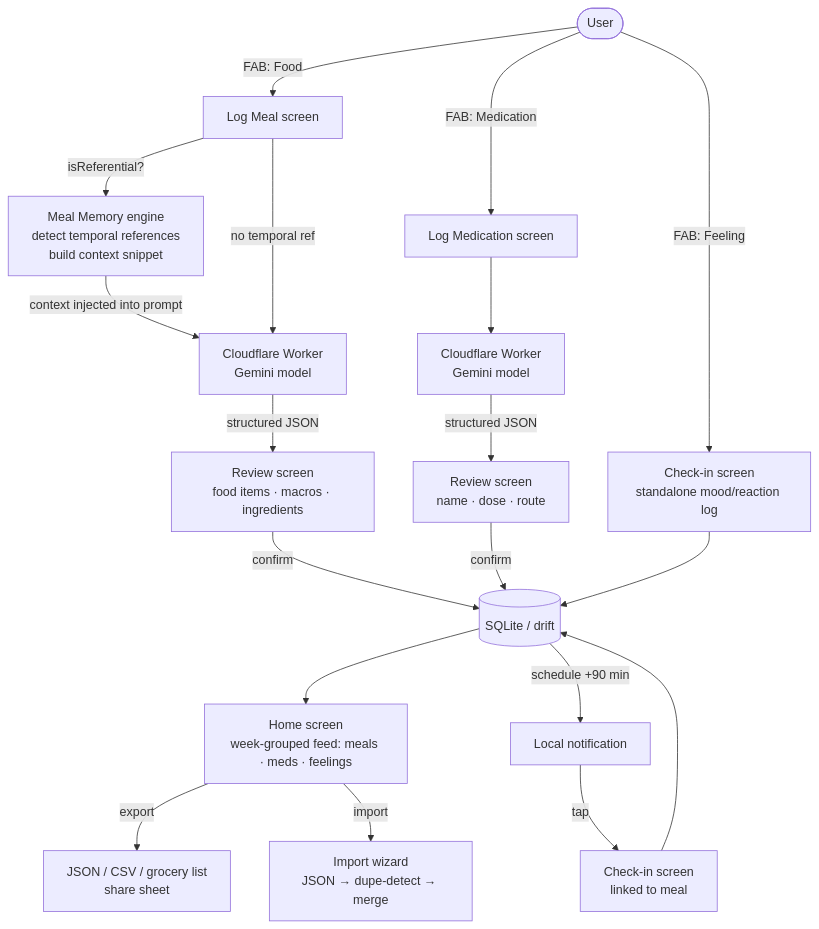
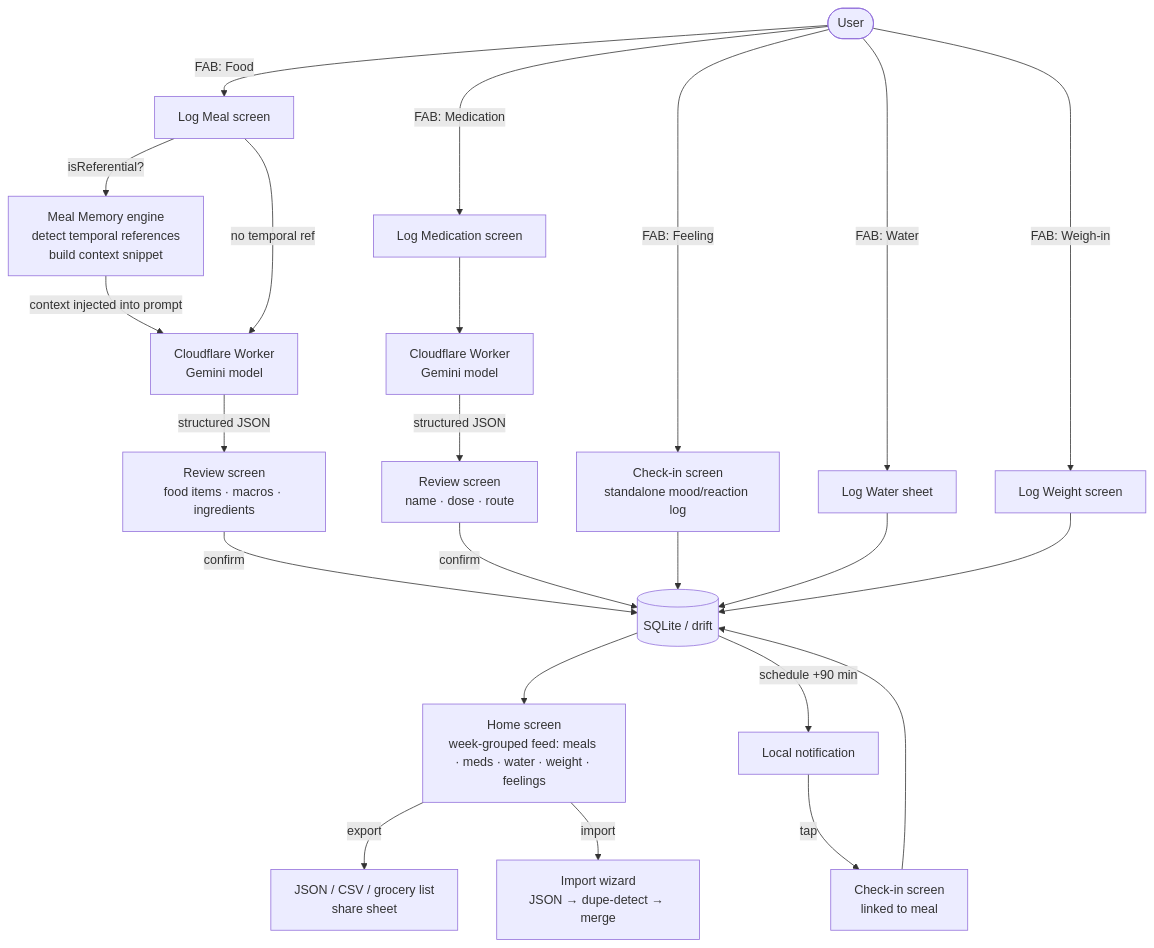
The diagram in README.md (SCoureFoure/food-journal), drawn with Mermaid before and after one commit. The commit also changed other lines of this file, not shown here.

````diff
--- a/README.md
+++ b/README.md
@@ -7,21 +51,25 @@
 ```mermaid
 flowchart TD
     A([User]) -->|FAB: Food| B[Log Meal screen]
     A -->|FAB: Medication| BM[Log Medication screen]
     A -->|FAB: Feeling| BF[Check-in screen\nstandalone mood/reaction log]
+    A -->|FAB: Water| BW[Log Water sheet]
+    A -->|FAB: Weigh-in| BWG[Log Weight screen]
     B -->|isReferential?| MEM[Meal Memory engine\ndetect temporal references\nbuild context snippet]
     MEM -->|context injected into prompt| C[Cloudflare Worker\nGemini model]
     B -->|no temporal ref| C
     BM --> CM[Cloudflare Worker\nGemini model]
     C -->|structured JSON| D[Review screen\nfood items · macros · ingredients]
     CM -->|structured JSON| DM[Review screen\nname · dose · route]
     D -->|confirm| E[(SQLite / drift)]
     DM -->|confirm| E
     BF --> E
-    E --> F[Home screen\nweek-grouped feed: meals · meds · feelings]
+    BW --> E
+    BWG --> E
+    E --> F[Home screen\nweek-grouped feed: meals · meds · water · weight · feelings]
     E -->|schedule +90 min| G[Local notification]
     G -->|tap| H[Check-in screen\nlinked to meal]
     H --> E
     F -->|export| I[JSON / CSV / grocery list\nshare sheet]
     F -->|import| J[Import wizard\nJSON → dupe-detect → merge]
 ```
````
